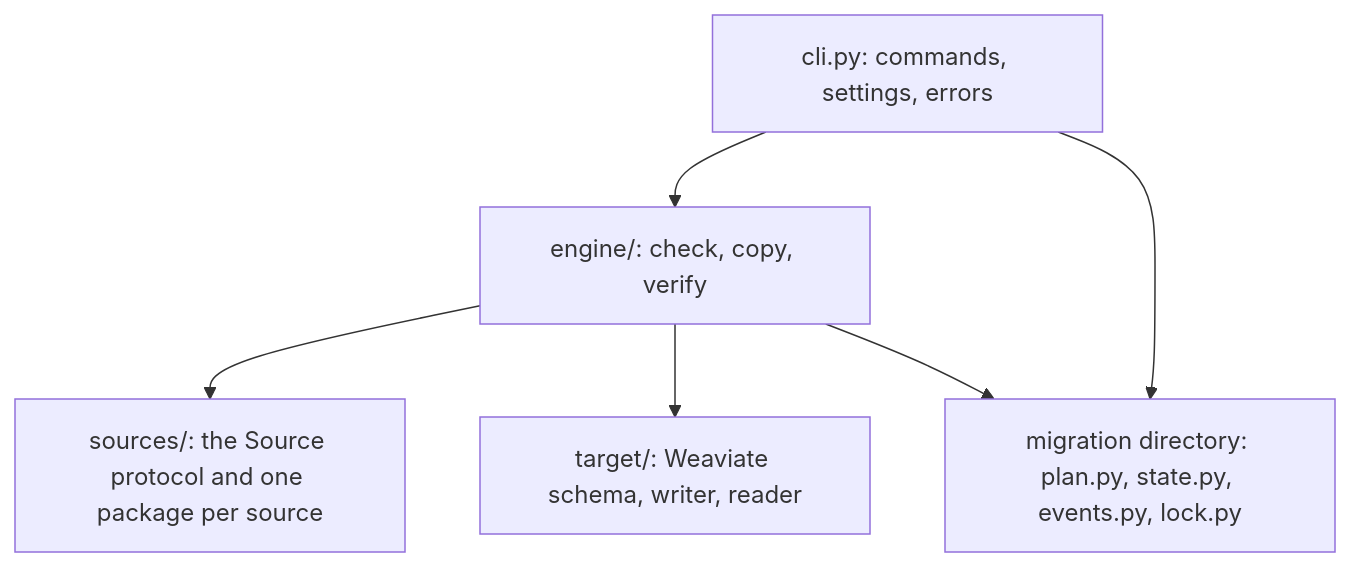
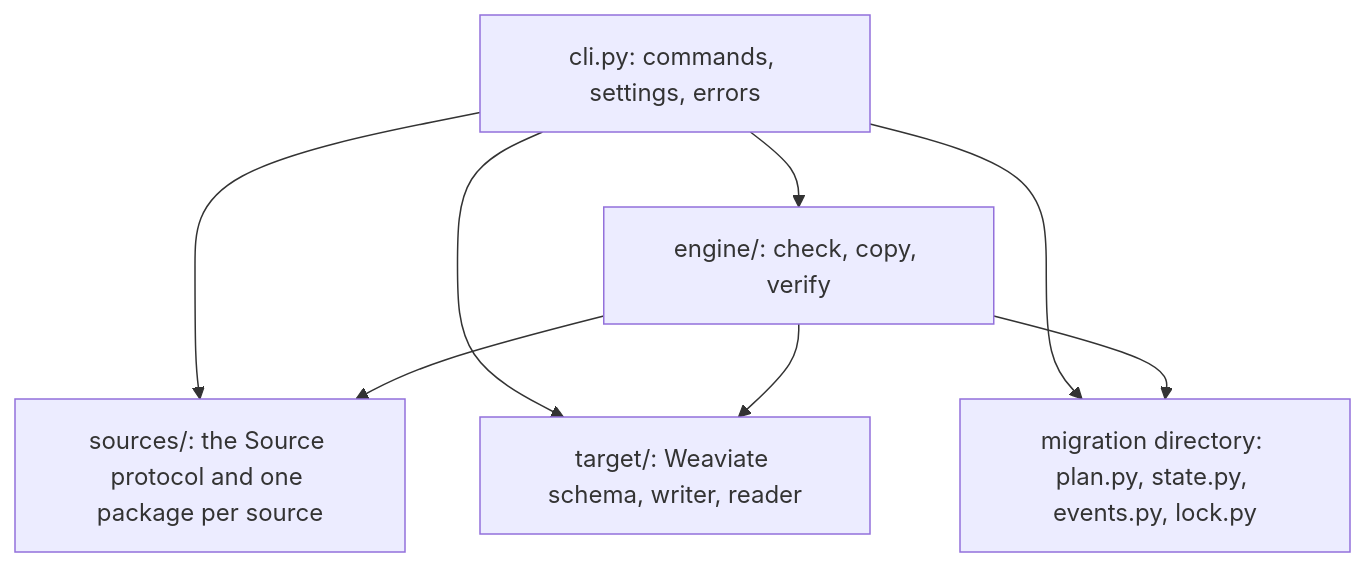
Before and after one commit to weaviate/to-weaviate: the diagram in docs/development/architecture.md, drawn with Mermaid. The commit also changed other lines of this file and 7 other files, not shown here.

````diff
--- a/docs/development/architecture.md
+++ b/docs/development/architecture.md
@@ -8,13 +8,15 @@
 ```mermaid
 flowchart TB
     cli["cli.py: commands, settings, errors"]
     engine["engine/: check, copy, verify"]
     sources["sources/: the Source protocol and one package per source"]
     target["target/: Weaviate schema, writer, reader"]
     dir["migration directory: plan.py, state.py, events.py, lock.py"]
     cli --> engine
+    cli --> sources
+    cli --> target
     cli --> dir
     engine --> sources
     engine --> target
     engine --> dir
 ```
````
